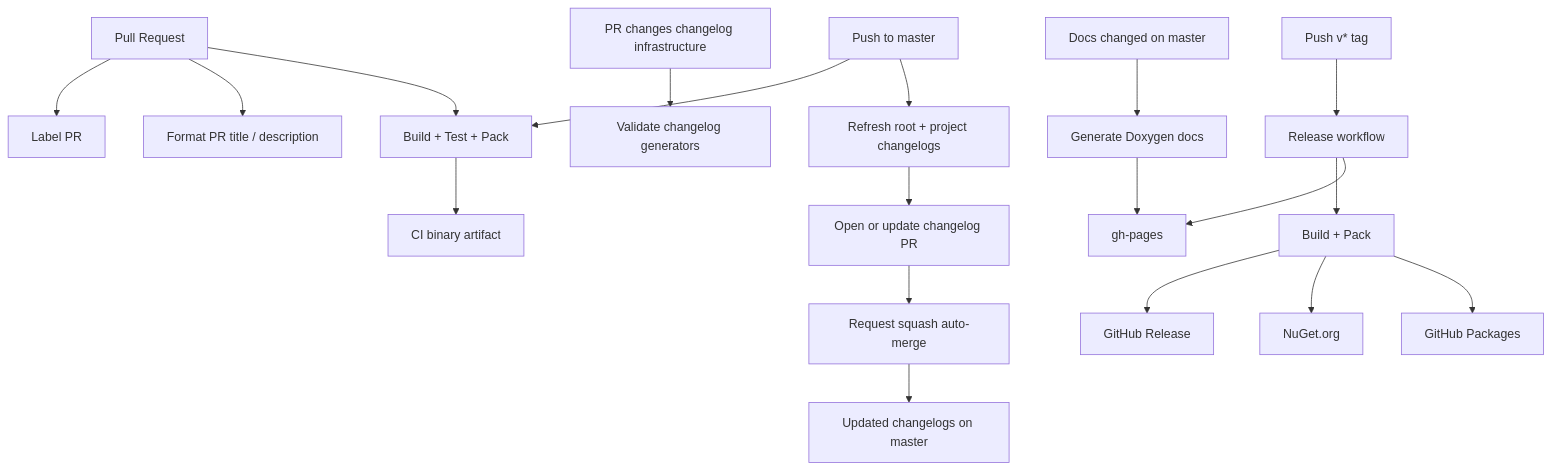
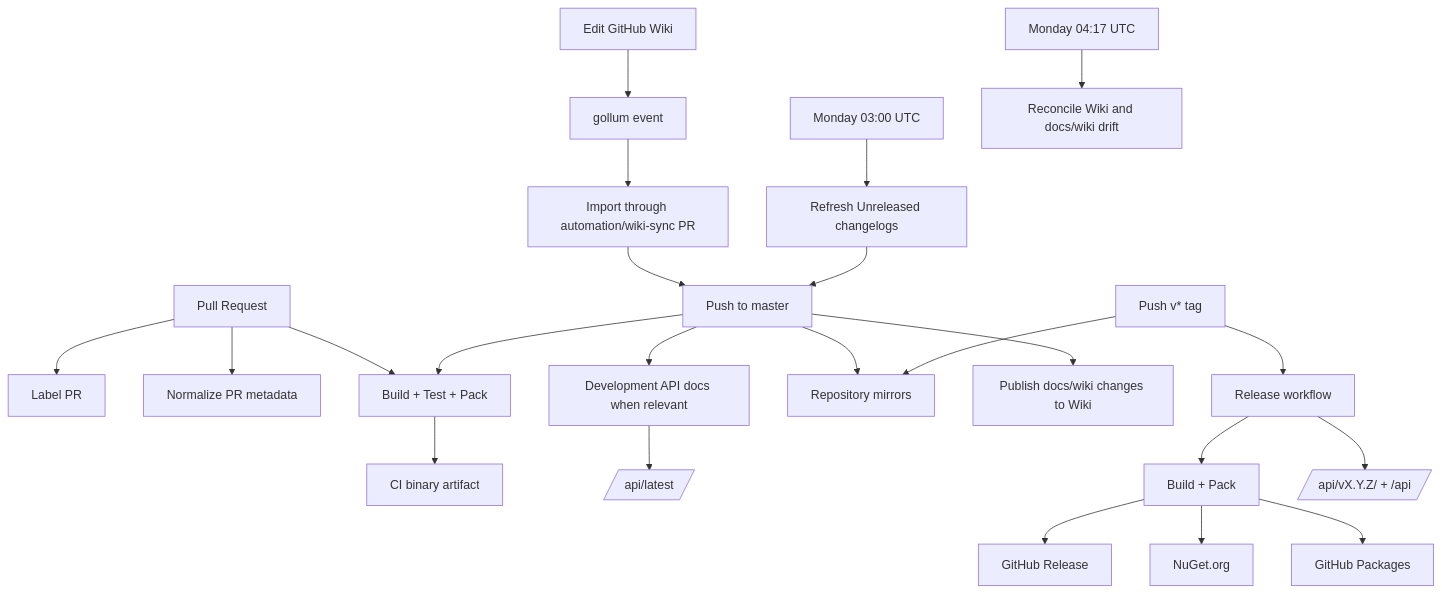
The first of 3 diagrams in docs/wiki/GitHub-Automation-and-Workflows.md (Isthimius/Gondwana), drawn with Mermaid before and after one commit. The commit also changed other lines of this file, not shown here.

Commit message:
docs(wiki): refresh GitHub automation workflow guide

````diff
--- a/docs/wiki/GitHub-Automation-and-Workflows.md
+++ b/docs/wiki/GitHub-Automation-and-Workflows.md
@@ -60,26 +67,31 @@
 ```mermaid
 flowchart TD
     PR[Pull Request] --> LABEL[Label PR]
-    PR --> FORMAT[Format PR title / description]
+    PR --> FORMAT[Normalize PR metadata]
     PR --> CI[Build + Test + Pack]
 
-    CHGPR[PR changes changelog infrastructure] --> CHGVALIDATE[Validate changelog generators]
+    MASTER[Push to master] --> CI
+    MASTER --> DOCS[Development API docs when relevant]
+    MASTER --> MIRRORS[Repository mirrors]
+    MASTER --> WIKIPUB[Publish docs/wiki changes to Wiki]
 
-    PUSH[Push to master] --> CI
-    PUSH --> CHG[Refresh root + project changelogs]
-    CHG --> AUTOPR[Open or update changelog PR]
-    AUTOPR --> AUTOMERGE[Request squash auto-merge]
-    AUTOMERGE --> MASTERCHG[Updated changelogs on master]
+    WIKIEDIT[Edit GitHub Wiki] --> GOLLUM[gollum event]
+    GOLLUM --> WIKIIMPORT[Import through automation/wiki-sync PR]
+    WIKIIMPORT --> MASTER
 
-    DOCS[Docs changed on master] --> DOCBUILD[Generate Doxygen docs]
+    CHGWEEKLY[Monday 03:00 UTC] --> CHG[Refresh Unreleased changelogs]
+    CHG --> MASTER
+
+    WIKIWEEKLY[Monday 04:17 UTC] --> RECONCILE[Reconcile Wiki and docs/wiki drift]
 
     TAG[Push v* tag] --> RELEASE[Release workflow]
+    TAG --> MIRRORS
 
     CI --> ARTIFACT[CI binary artifact]
-    DOCBUILD --> PAGES[gh-pages]
+    DOCS --> DEVAPI[/api/latest/]
     RELEASE --> BUILD[Build + Pack]
     BUILD --> GHREL[GitHub Release]
     BUILD --> NUGET[NuGet.org]
     BUILD --> GHPKG[GitHub Packages]
-    RELEASE --> PAGES
+    RELEASE --> STABLEAPI[/api/vX.Y.Z/ + /api/]
 ```
````
